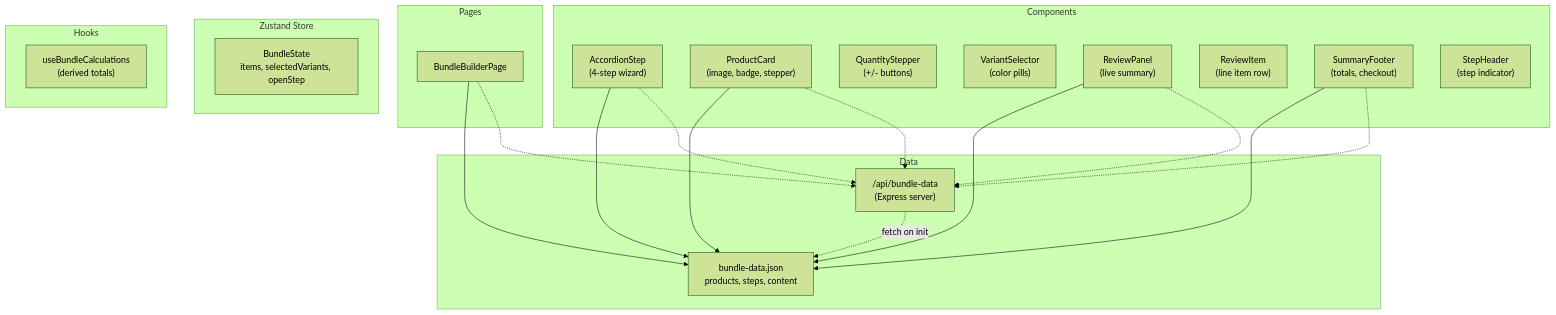
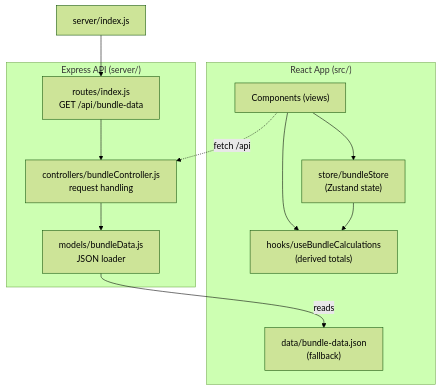
Before and after one commit to sarahibrahim0/sarah-ibrahim-bundle-builder-: the diagram in README.md, drawn with Mermaid (forest theme). The commit also changed other lines of this file and 4 other files, not shown here.

Commit message:
refactor server into models/controllers/routes MVC

````diff
--- a/README.md
+++ b/README.md
@@ -5,34 +5,26 @@
 ```mermaid
 graph TB
-    subgraph Pages
-        BBP["BundleBuilderPage"]
+    subgraph Frontend["React App (src/)"]
+        COMP["Components (views)"]
+        STORE["store/bundleStore<br/>(Zustand state)"]
+        HOOKS["hooks/useBundleCalculations<br/>(derived totals)"]
+        DATA["data/bundle-data.json<br/>(fallback)"]
     end
 
-    subgraph Components
-        ACC["AccordionStep<br/>(4-step wizard)"]
-        PC["ProductCard<br/>(image, badge, stepper)"]
-        QS["QuantityStepper<br/>(+/- buttons)"]
-        VS["VariantSelector<br/>(color pills)"]
-        RP["ReviewPanel<br/>(live summary)"]
-        RI["ReviewItem<br/>(line item row)"]
-        SF["SummaryFooter<br/>(totals, checkout)"]
-        SH["StepHeader<br/>(step indicator)"]
+    subgraph Server["Express API (server/)"]
+        ROUTES["routes/index.js<br/>GET /api/bundle-data"]
+        CTLRS["controllers/bundleController.js<br/>request handling"]
+        MODELS["models/bundleData.js<br/>JSON loader"]
     end
 
-    subgraph State["Zustand Store"]
-        STORE["BundleState<br/>items, selectedVariants, openStep"]
-    end
+    COMP --> STORE
+    COMP --> HOOKS
+    STORE --> HOOKS
+    COMP -.->|fetch /api| CTLRS
+    CTLRS --> MODELS
+    MODELS -->|reads| DATA
+    ROUTES --> CTLRS
+    SERVER_ENTRY["server/index.js"] --> ROUTES
 
-    subgraph Hooks
-        CALC["useBundleCalculations<br/>(derived totals)"]
-    end
-
-    subgraph Data
-        JSON["bundle-data.json<br/>products, steps, content"]
-        API["/api/bundle-data<br/>(Express server)"]
-    end
-
-    API -.->|fetch on init| JSON
-    BBP & ACC & RP & PC & SF --> JSON
-    BBP & ACC & RP & PC & SF -.-> API
+    linkStyle 3 stroke-dash:4px;
 ```
````
